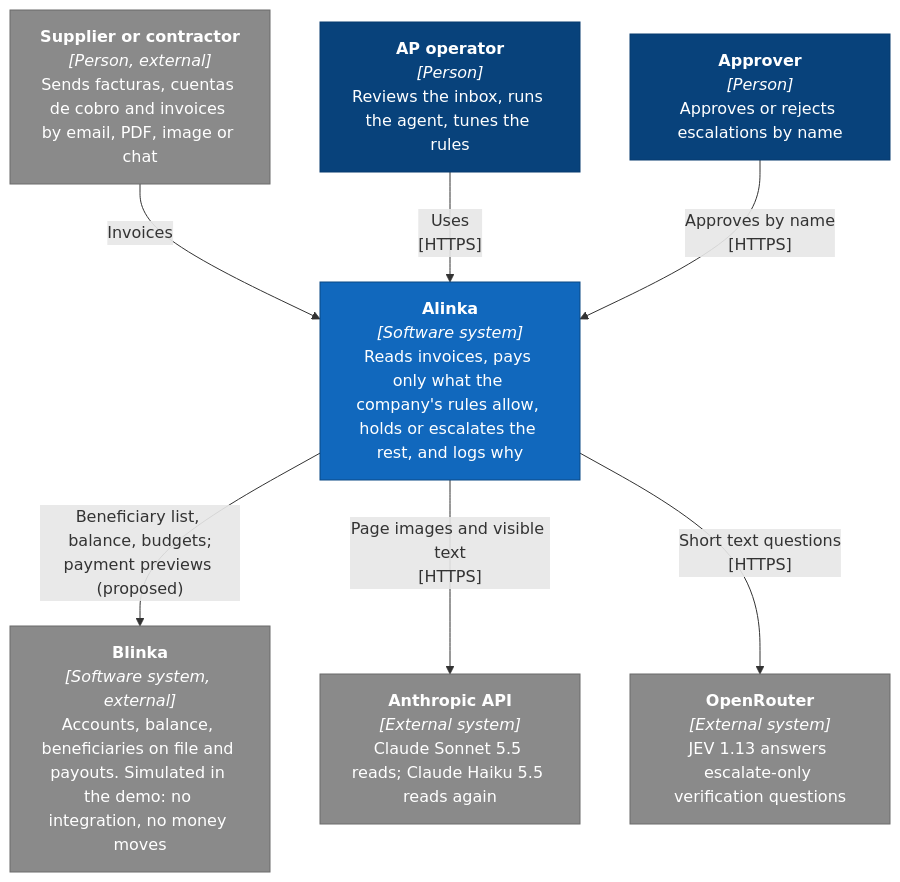
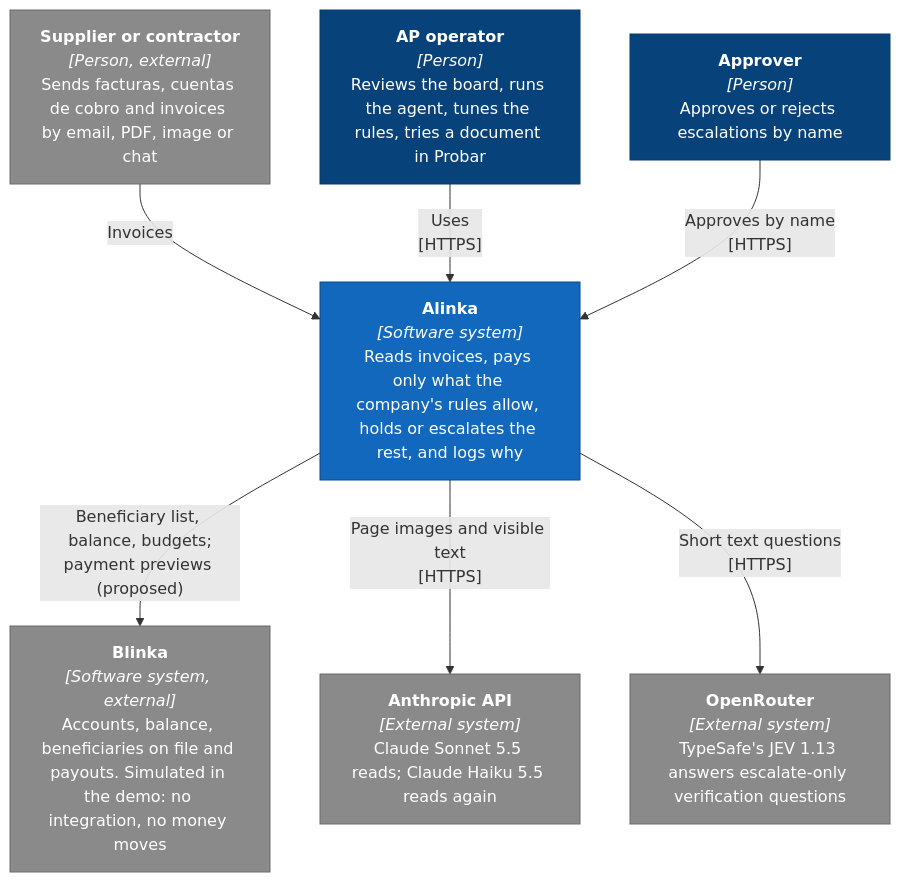
The first of 4 diagrams in docs/architecture.md (alined-labs/alinka), drawn with Mermaid before and after one commit. The commit also changed other lines of this file and 1 other file, not shown here.

First line of the commit message:
docs(repo): bring the C4 diagrams up to date and add them to the README (#97)

````diff
--- a/docs/architecture.md
+++ b/docs/architecture.md
@@ -9,25 +9,25 @@
 ```mermaid
 flowchart TB
   supplier["<b>Supplier or contractor</b><br/><i>[Person, external]</i><br/>Sends facturas, cuentas de cobro and invoices by email, PDF, image or chat"]
-  operator["<b>AP operator</b><br/><i>[Person]</i><br/>Reviews the inbox, runs the agent, tunes the rules"]
+  operator["<b>AP operator</b><br/><i>[Person]</i><br/>Reviews the board, runs the agent, tunes the rules, tries a document in Probar"]
   approver["<b>Approver</b><br/><i>[Person]</i><br/>Approves or rejects escalations by name"]
   alinka["<b>Alinka</b><br/><i>[Software system]</i><br/>Reads invoices, pays only what the company's rules allow, holds or escalates the rest, and logs why"]
   blinka["<b>Blinka</b><br/><i>[Software system, external]</i><br/>Accounts, balance, beneficiaries on file and payouts. Simulated in the demo: no integration, no money moves"]
   anthropic["<b>Anthropic API</b><br/><i>[External system]</i><br/>Claude Sonnet 5.5 reads; Claude Haiku 5.5 reads again"]
-  openrouter["<b>OpenRouter</b><br/><i>[External system]</i><br/>JEV 1.13 answers escalate-only verification questions"]
+  openrouter["<b>OpenRouter</b><br/><i>[External system]</i><br/>TypeSafe's JEV 1.13 answers escalate-only verification questions"]
 
   supplier -- "Invoices" --> alinka
   operator -- "Uses<br/>[HTTPS]" --> alinka
   approver -- "Approves by name<br/>[HTTPS]" --> alinka
   alinka -- "Beneficiary list, balance, budgets;<br/>payment previews (proposed)" --> blinka
   alinka -- "Page images and visible text<br/>[HTTPS]" --> anthropic
   alinka -- "Short text questions<br/>[HTTPS]" --> openrouter
 
   classDef person fill:#08427b,stroke:#073b6f,color:#fff
   classDef system fill:#1168bd,stroke:#0b4884,color:#fff
   classDef external fill:#8a8a8a,stroke:#6b6b6b,color:#fff
   class operator,approver person
   class supplier external
   class alinka system
   class blinka,anthropic,openrouter external
 ```
````
